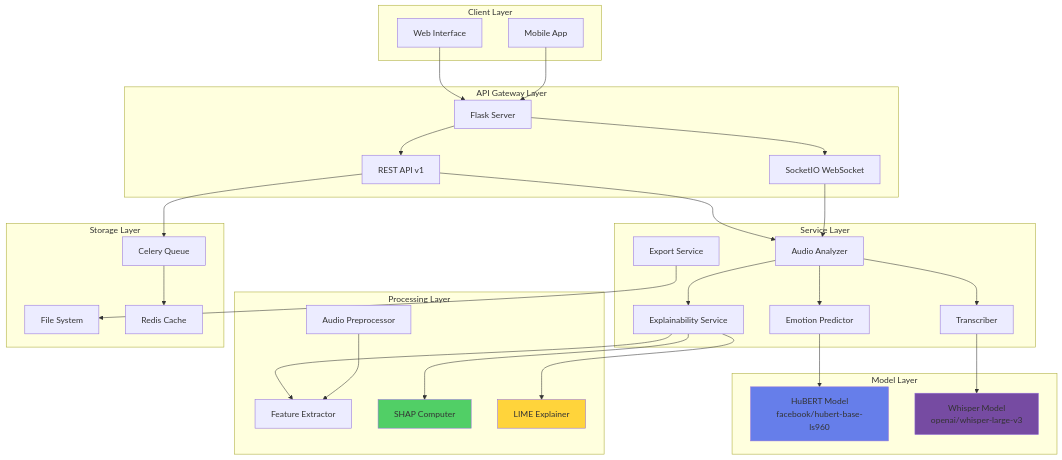
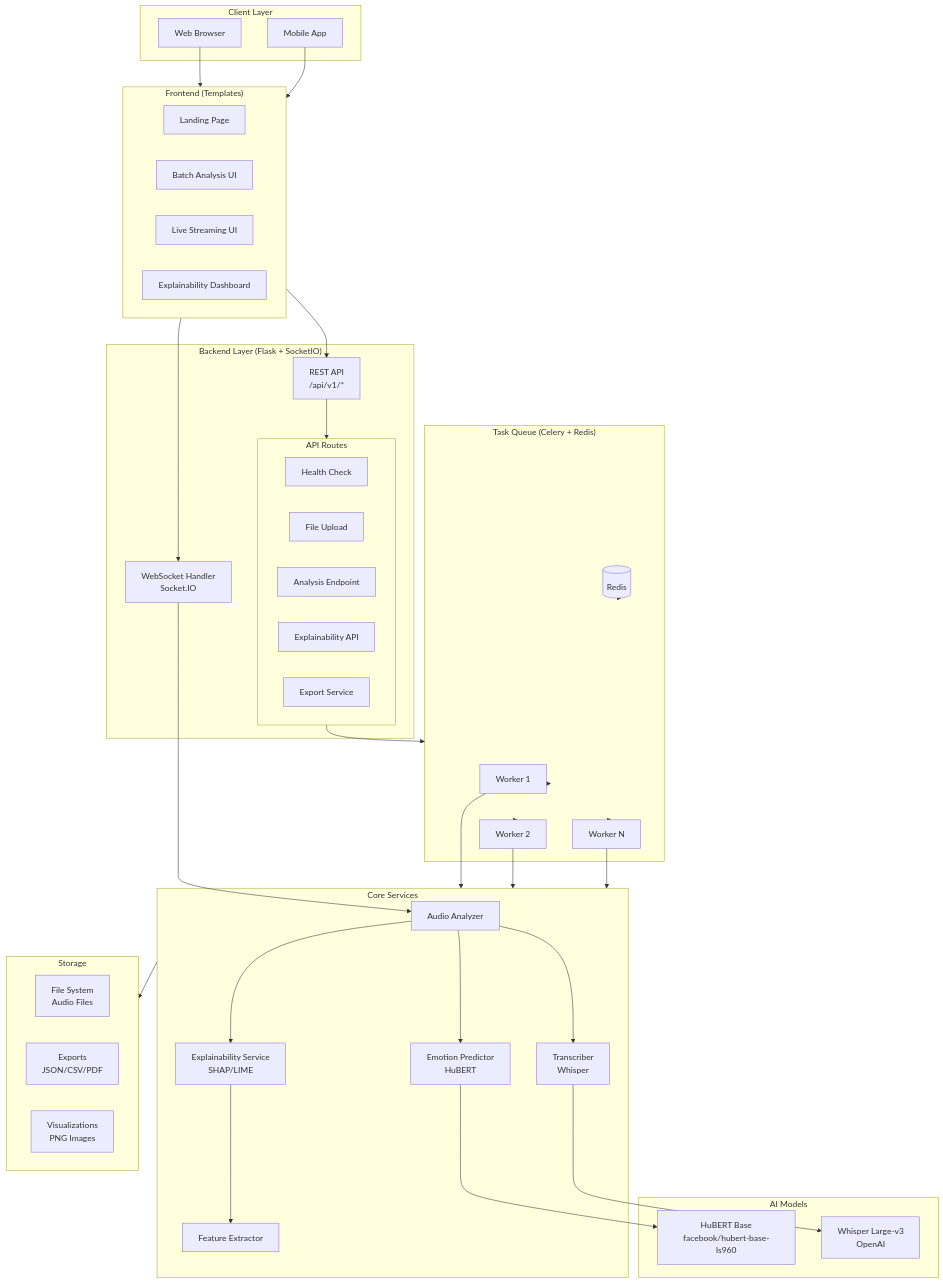
One commit to satyaki-mitra/HuBERT-Whisper-Based-Speech-Emotion-Analyzer changed the first of 4 diagrams in docs/ARCHITECTURE.md. Above: the diagram before and after it, drawn with Mermaid. The commit also changed other lines of this file and 3 other files, not shown here.

Commit message:
ARCHITECTURE Document uploaded

````diff
--- a/docs/ARCHITECTURE.md
+++ b/docs/ARCHITECTURE.md
@@ -21,63 +38,82 @@
 ```mermaid
 graph TB
-    subgraph "Client Layer"
-        UI[Web Interface]
-        Mobile[Mobile App]
+    subgraph Client["Client Layer"]
+        WEB[Web Browser]
+        MOBILE[Mobile App]
     end
     
-    subgraph "API Gateway Layer"
-        Flask[Flask Server]
-        SocketIO[SocketIO WebSocket]
-        REST[REST API v1]
+    subgraph Frontend["Frontend (Templates)"]
+        INDEX[Landing Page]
+        BATCH[Batch Analysis UI]
+        STREAM[Live Streaming UI]
+        EXPLAIN[Explainability Dashboard]
     end
     
-    subgraph "Service Layer"
-        AA[Audio Analyzer]
-        EP[Emotion Predictor]
-        TR[Transcriber]
-        EX[Explainability Service]
-        ES[Export Service]
+    subgraph Backend["Backend Layer (Flask + SocketIO)"]
+        API[REST API<br/>/api/v1/*]
+        WS[WebSocket Handler<br/>Socket.IO]
+        
+        subgraph Routes["API Routes"]
+            HEALTH[Health Check]
+            UPLOAD[File Upload]
+            ANALYZE[Analysis Endpoint]
+            EXPLAINER[Explainability API]
+            EXPORT[Export Service]
+        end
     end
     
-    subgraph "Model Layer"
-        HuBERT[HuBERT Model<br/>facebook/hubert-base-ls960]
-        Whisper[Whisper Model<br/>openai/whisper-large-v3]
+    subgraph Queue["Task Queue (Celery + Redis)"]
+        REDIS[(Redis)]
+        WORKER1[Worker 1]
+        WORKER2[Worker 2]
+        WORKERN[Worker N]
     end
     
-    subgraph "Processing Layer"
-        FE[Feature Extractor]
-        AP[Audio Preprocessor]
-        SHAP[SHAP Computer]
-        LIME[LIME Explainer]
+    subgraph Services["Core Services"]
+        ANALYZER[Audio Analyzer]
+        PREDICTOR[Emotion Predictor<br/>HuBERT]
+        TRANSCRIBER[Transcriber<br/>Whisper]
+        XAI[Explainability Service<br/>SHAP/LIME]
+        FEATURES[Feature Extractor]
     end
     
-    subgraph "Storage Layer"
-        FS[File System]
-        Redis[Redis Cache]
-        Celery[Celery Queue]
+    subgraph Models["AI Models"]
+        HUBERT[HuBERT Base<br/>facebook/hubert-base-ls960]
+        WHISPER[Whisper Large-v3<br/>OpenAI]
     end
     
-    UI --> Flask
-    Mobile --> Flask
-    Flask --> REST
-    Flask --> SocketIO
-    REST --> AA
-    SocketIO --> AA
-    AA --> EP
-    AA --> TR
-    AA --> EX
-    EP --> HuBERT
-    TR --> Whisper
-    EX --> FE
-    EX --> SHAP
-    EX --> LIME
-    AP --> FE
-    ES --> FS
-    REST --> Celery
-    Celery --> Redis
+    subgraph Storage["Storage"]
+        FILES[File System<br/>Audio Files]
+        EXPORTS[Exports<br/>JSON/CSV/PDF]
+        VIZ[Visualizations<br/>PNG Images]
+    end
     
-    style HuBERT fill:#667eea
-    style Whisper fill:#764ba2
-    style SHAP fill:#51cf66
-    style LIME fill:#ffd43b
+    WEB --> Frontend
+    MOBILE --> Frontend
+    Frontend --> API
+    Frontend --> WS
+    
+    API --> Routes
+    WS --> ANALYZER
+    Routes --> Queue
+    
+    Queue --> WORKER1
+    Queue --> WORKER2
+    Queue --> WORKERN
+    
+    WORKER1 --> Services
+    WORKER2 --> Services
+    WORKERN --> Services
+    
+    ANALYZER --> PREDICTOR
+    ANALYZER --> TRANSCRIBER
+    ANALYZER --> XAI
+    
+    PREDICTOR --> HUBERT
+    TRANSCRIBER --> WHISPER
+    XAI --> FEATURES
+    
+    Services --> Storage
+    
+    REDIS -.-> Queue
 ```
````
